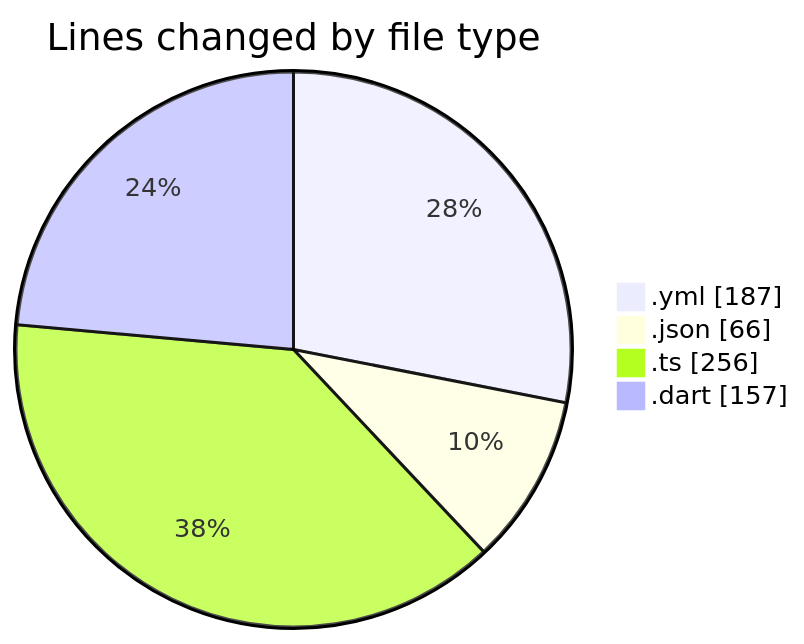
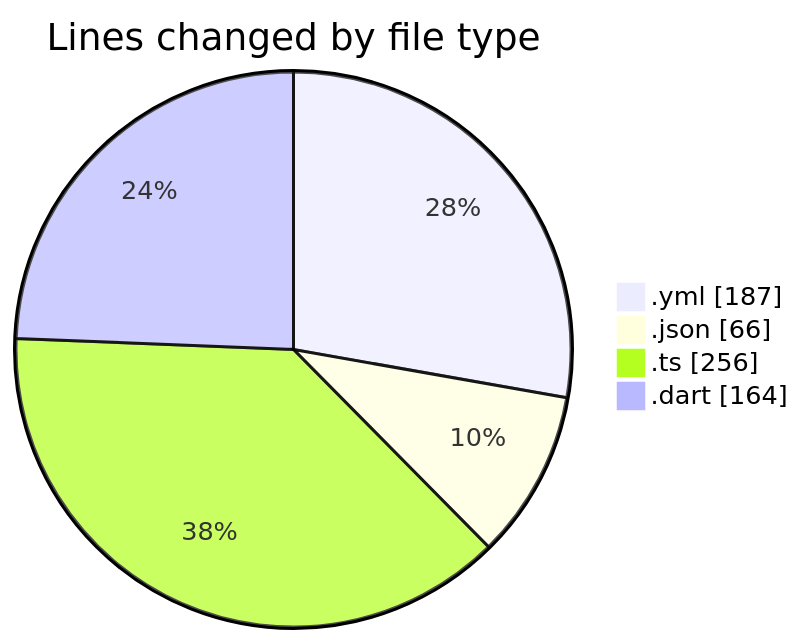
One commit to donsfak/code-tracking changed the first of 2 diagrams in 2025-02-10/maps_clone/README.md. Above: the diagram before and after it, drawn with Mermaid. The commit also changed other lines of this file and 1 other file, not shown here.

````diff
--- a/2025-02-10/maps_clone/README.md
+++ b/2025-02-10/maps_clone/README.md
@@ -27,8 +27,8 @@
 ```mermaid
 pie showData
 title Lines changed by file type
 ".yml" : 187
 ".json" : 66
 ".ts" : 256
-".dart" : 157
+".dart" : 164
 ```
````
